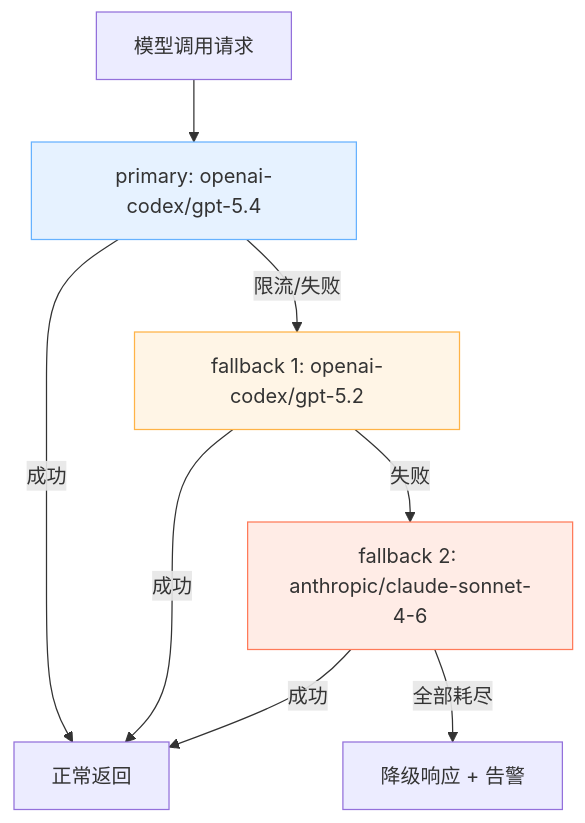
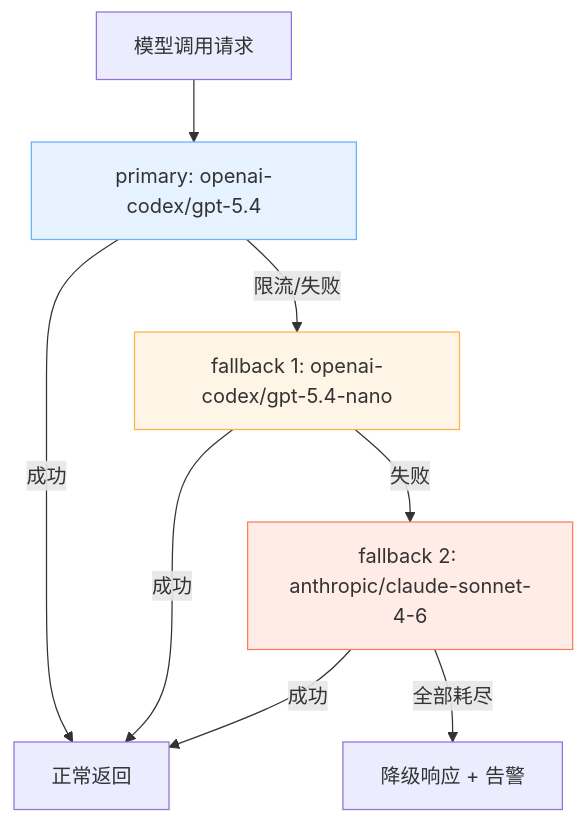
The diagram in 11_reliability_security/11.3_fallback_rules.md (yeasy/openclaw_guide), drawn with Mermaid before and after one commit. The commit also changed other lines of this file and 9 other files, not shown here.

````diff
--- a/11_reliability_security/11.3_fallback_rules.md
+++ b/11_reliability_security/11.3_fallback_rules.md
@@ -26,14 +26,14 @@
 ```mermaid
 flowchart TD
   req["模型调用请求"] --> p["primary: openai-codex/gpt-5.4"]
   p -->|"成功"| ok["正常返回"]
-  p -->|"限流/失败"| f1["fallback 1: openai-codex/gpt-5.2"]
+  p -->|"限流/失败"| f1["fallback 1: openai-codex/gpt-5.4-nano"]
   f1 -->|"成功"| ok
   f1 -->|"失败"| f2["fallback 2: anthropic/claude-sonnet-4-6"]
   f2 -->|"成功"| ok
   f2 -->|"全部耗尽"| degrade["降级响应 + 告警"]
 
   style p fill:#e6f2ff,stroke:#66b2ff
   style f1 fill:#fff5e6,stroke:#ffb347
   style f2 fill:#ffece6,stroke:#ff7a59
 ```
````
